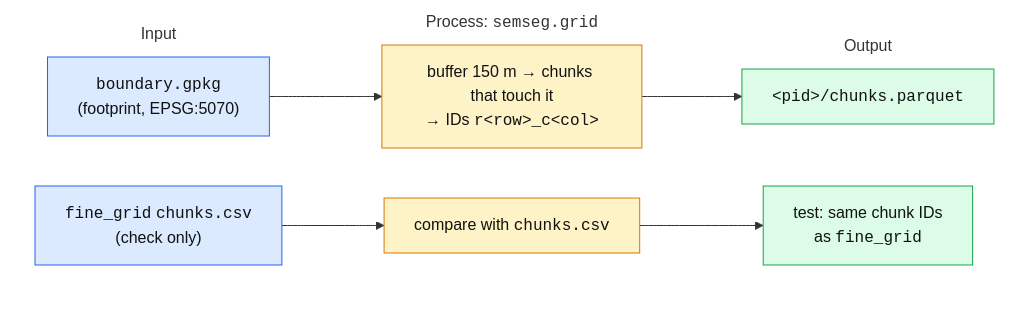
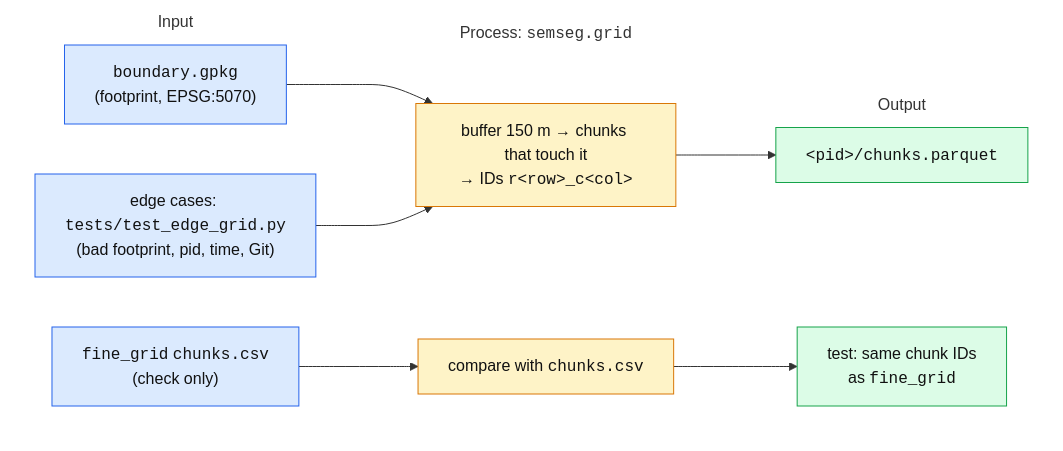
Before and after one commit to Lunseargen/usace-landuse-semantic-segmentation: the seventh of 32 diagrams in PLAN.md, drawn with Mermaid. The commit also changed other lines of this file and 15 other files, not shown here.

````diff
--- a/PLAN.md
+++ b/PLAN.md
@@ -337,25 +337,27 @@
   ```mermaid
   flowchart LR
       subgraph I ["Input"]
           a["<code>boundary.gpkg</code><br/>(footprint, EPSG:5070)"]:::in
           b["<code>fine_grid</code> <code>chunks.csv</code><br/>(check only)"]:::in
+          e["edge cases: <code>tests/test_edge_grid.py</code><br/>(bad footprint, pid, time, Git)"]:::in
       end
       subgraph P ["Process: <code>semseg.grid</code>"]
           p1["buffer 150 m → chunks that touch it<br/>→ IDs <code>r&lt;row&gt;_c&lt;col&gt;</code>"]:::pr
           p2["compare with <code>chunks.csv</code>"]:::pr
       end
       subgraph O ["Output"]
           o1["<code>&lt;pid&gt;/chunks.parquet</code>"]:::ou
           o2["test: same chunk IDs<br/>as <code>fine_grid</code>"]:::ou
       end
       a --> p1
       b --> p2
+      e --> p1
       p1 --> o1
       p2 --> o2
       classDef in fill:#dbeafe,stroke:#2563eb,color:#111
       classDef pr fill:#fef3c7,stroke:#d97706,color:#111
       classDef ou fill:#dcfce7,stroke:#16a34a,color:#111
       style I fill:none,stroke:none
       style P fill:none,stroke:none
       style O fill:none,stroke:none
   ```
````
